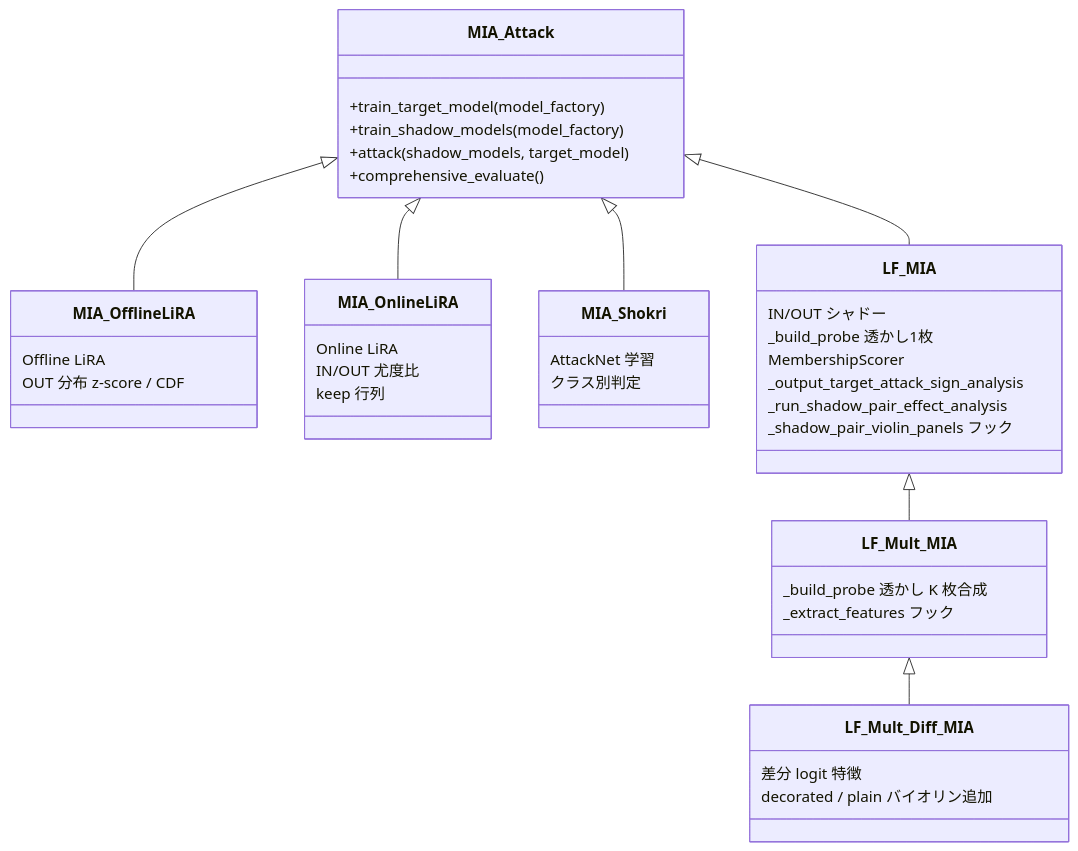
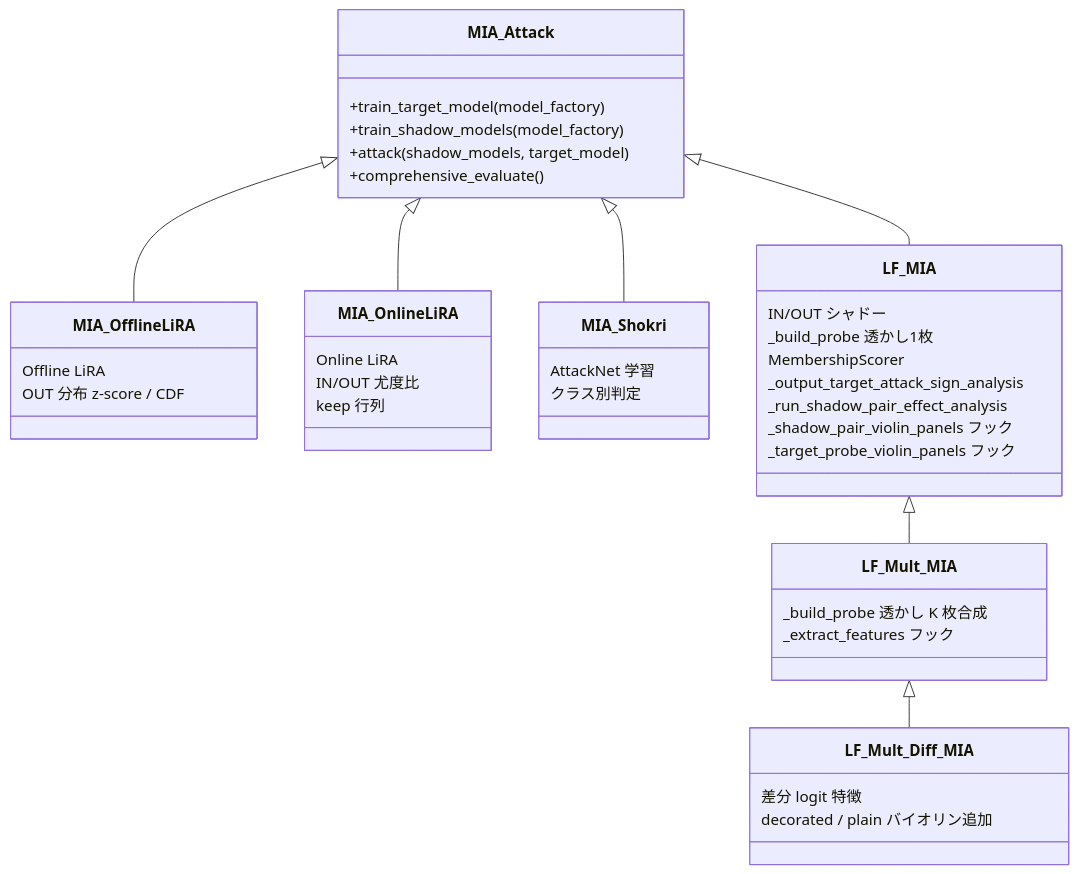
Before and after one commit to GoldenPoisonedApple/MIAOS: diagram 11 of 14 in worker/docs/SPECIFICATION.md, drawn with Mermaid. The commit also changed other lines of this file and 4 other files, not shown here.

````diff
--- a/worker/docs/SPECIFICATION.md
+++ b/worker/docs/SPECIFICATION.md
@@ -420,44 +420,45 @@
 ```mermaid
 classDiagram
     class MIA_Attack {
         +train_target_model(model_factory)
         +train_shadow_models(model_factory)
         +attack(shadow_models, target_model)
         +comprehensive_evaluate()
     }
     class MIA_OfflineLiRA {
         Offline LiRA
         OUT 分布 z-score / CDF
     }
     class MIA_OnlineLiRA {
         Online LiRA
         IN/OUT 尤度比
         keep 行列
     }
     class MIA_Shokri {
         AttackNet 学習
         クラス別判定
     }
     class LF_MIA {
         IN/OUT シャドー
         _build_probe 透かし1枚
         MembershipScorer
         _output_target_attack_sign_analysis
         _run_shadow_pair_effect_analysis
         _shadow_pair_violin_panels フック
+        _target_probe_violin_panels フック
     }
     MIA_Attack <|-- MIA_OfflineLiRA
     MIA_Attack <|-- MIA_OnlineLiRA
     MIA_Attack <|-- MIA_Shokri
     class LF_Mult_MIA {
         _build_probe 透かし K 枚合成
         _extract_features フック
     }
     class LF_Mult_Diff_MIA {
         差分 logit 特徴
         decorated / plain バイオリン追加
     }
     MIA_Attack <|-- LF_MIA
     LF_MIA <|-- LF_Mult_MIA
     LF_Mult_MIA <|-- LF_Mult_Diff_MIA
 ```
````
